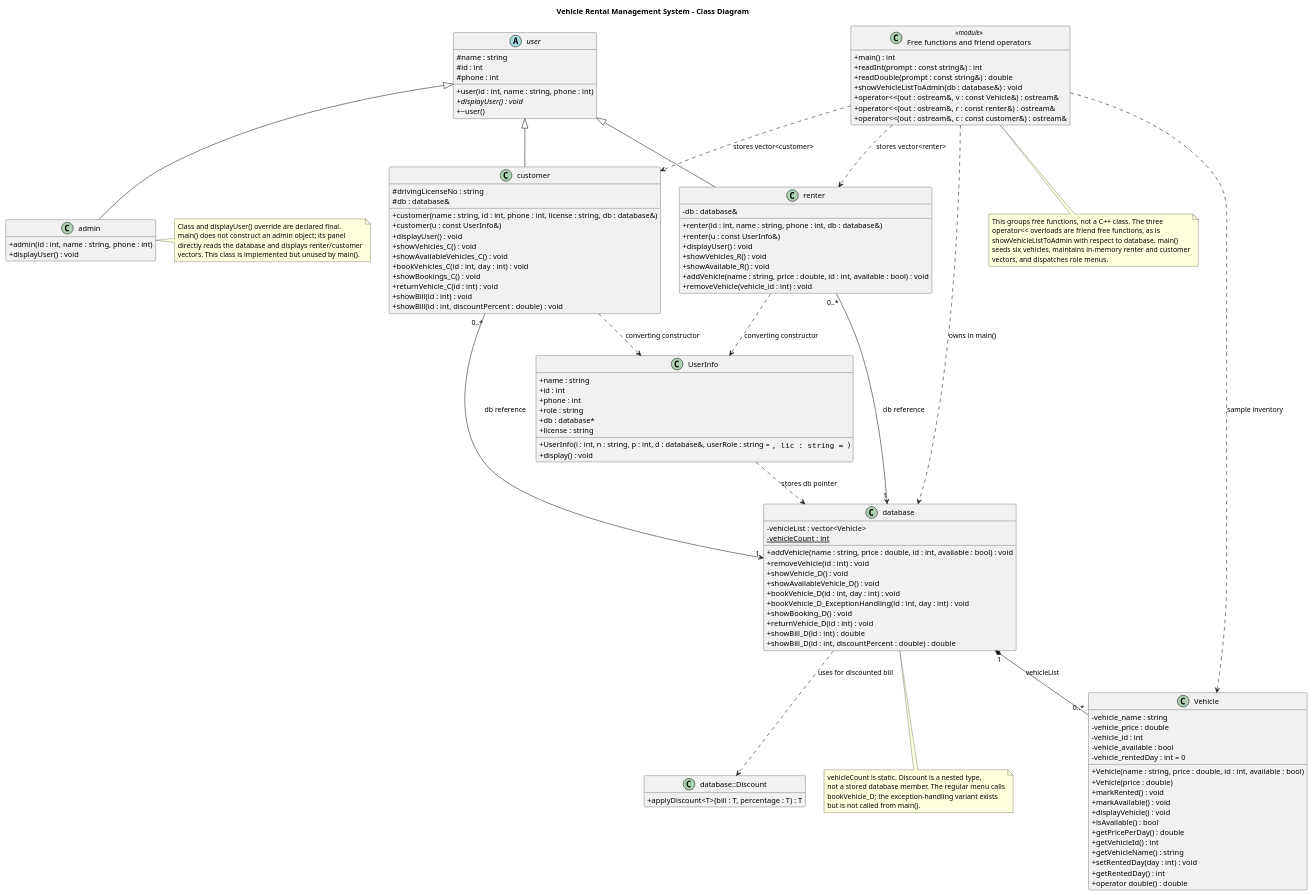
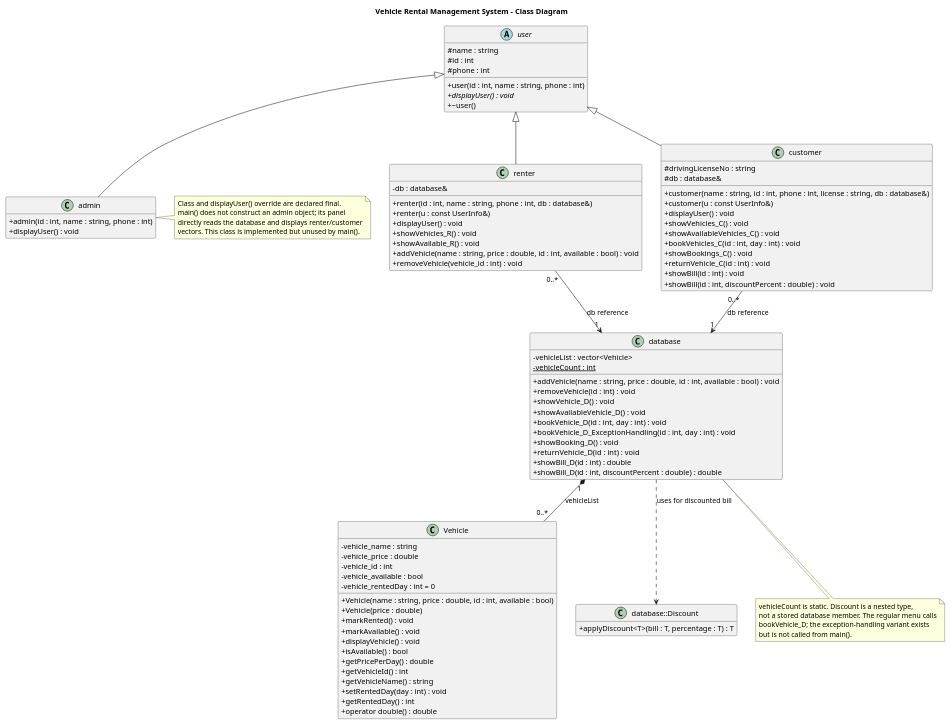
One commit to MayureshRTuplondhe/Vehicle-rental-management-system changed the diagram in docs/.puml digrams/class-diagram.puml. Above: the diagram before and after it, drawn with PlantUML.

Commit message:
Update class diagram by removing UserInfo and TerminalRun notes
Removed UserInfo class and TerminalRun notes from class diagram.

```diff
--- a/docs/.puml digrams/class-diagram.puml
+++ b/docs/.puml digrams/class-diagram.puml
@@ -1,142 +1,107 @@
 @startuml
 title Vehicle Rental Management System - Class Diagram
 skinparam classAttributeIconSize 0
 hide empty members
 
 abstract class user {
   # name : string
   # id : int
   # phone : int
   + user(id : int, name : string, phone : int)
   + {abstract} displayUser() : void
   + ~user()
 }
 
 class renter {
   - db : database&
   + renter(id : int, name : string, phone : int, db : database&)
   + renter(u : const UserInfo&)
   + displayUser() : void
   + showVehicles_R() : void
   + showAvailable_R() : void
   + addVehicle(name : string, price : double, id : int, available : bool) : void
   + removeVehicle(vehicle_id : int) : void
 }
 
 class customer {
   # drivingLicenseNo : string
   # db : database&
   + customer(name : string, id : int, phone : int, license : string, db : database&)
   + customer(u : const UserInfo&)
   + displayUser() : void
   + showVehicles_C() : void
   + showAvailableVehicles_C() : void
   + bookVehicles_C(id : int, day : int) : void
   + showBookings_C() : void
   + returnVehicle_C(id : int) : void
   + showBill(id : int) : void
   + showBill(id : int, discountPercent : double) : void
 }
 
 class admin {
   + admin(id : int, name : string, phone : int)
   + displayUser() : void
 }
 
 class Vehicle {
   - vehicle_name : string
   - vehicle_price : double
   - vehicle_id : int
   - vehicle_available : bool
   - vehicle_rentedDay : int = 0
   + Vehicle(name : string, price : double, id : int, available : bool)
   + Vehicle(price : double)
   + markRented() : void
   + markAvailable() : void
   + displayVehicle() : void
   + isAvailable() : bool
   + getPricePerDay() : double
   + getVehicleId() : int
   + getVehicleName() : string
   + setRentedDay(day : int) : void
   + getRentedDay() : int
   + operator double() : double
 }
 
 class database {
   - vehicleList : vector<Vehicle>
   - {static} vehicleCount : int
   + addVehicle(name : string, price : double, id : int, available : bool) : void
   + removeVehicle(id : int) : void
   + showVehicle_D() : void
   + showAvailableVehicle_D() : void
   + bookVehicle_D(id : int, day : int) : void
   + bookVehicle_D_ExceptionHandling(id : int, day : int) : void
   + showBooking_D() : void
   + returnVehicle_D(id : int) : void
   + showBill_D(id : int) : double
   + showBill_D(id : int, discountPercent : double) : double
 }
 
 class "database::Discount" as Discount {
   + applyDiscount<T>(bill : T, percentage : T) : T
 }
 
-class UserInfo {
-  + name : string
-  + id : int
-  + phone : int
-  + role : string
-  + db : database*
-  + license : string
-  + UserInfo(i : int, n : string, p : int, d : database&, userRole : string = "", lic : string = "")
-  + display() : void
-}
-
-class "Free functions and friend operators" as TerminalRun <<module>> {
-  + main() : int
-  + readInt(prompt : const string&) : int
-  + readDouble(prompt : const string&) : double
-  + showVehicleListToAdmin(db : database&) : void
-  + operator<<(out : ostream&, v : const Vehicle&) : ostream&
-  + operator<<(out : ostream&, r : const renter&) : ostream&
-  + operator<<(out : ostream&, c : const customer&) : ostream&
-}
-
 user <|-- renter
 user <|-- customer
 user <|-- admin
 database "1" *-- "0..*" Vehicle : vehicleList
 renter "0..*" --> "1" database : db reference
 customer "0..*" --> "1" database : db reference
-UserInfo ..> database : stores db pointer
-renter ..> UserInfo : converting constructor
-customer ..> UserInfo : converting constructor
 database ..> Discount : uses for discounted bill
-TerminalRun ..> database : owns in main()
-TerminalRun ..> renter : stores vector<renter>
-TerminalRun ..> customer : stores vector<customer>
-TerminalRun ..> Vehicle : sample inventory
 
 note right of admin
   Class and displayUser() override are declared final.
   main() does not construct an admin object; its panel
   directly reads the database and displays renter/customer
   vectors. This class is implemented but unused by main().
 end note
 
 note bottom of database
   vehicleCount is static. Discount is a nested type,
   not a stored database member. The regular menu calls
   bookVehicle_D; the exception-handling variant exists
   but is not called from main().
 end note
 
-note bottom of TerminalRun
-  This groups free functions, not a C++ class. The three
-  operator<< overloads are friend free functions, as is
-  showVehicleListToAdmin with respect to database. main()
-  seeds six vehicles, maintains in-memory renter and customer
-  vectors, and dispatches role menus.
-end note
 @enduml
```
